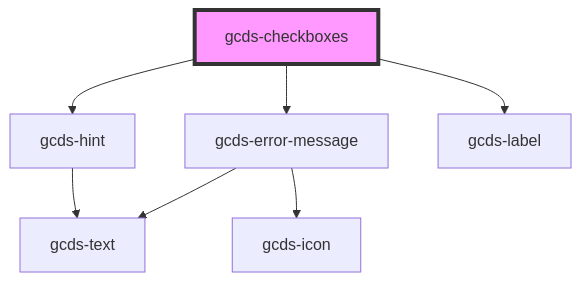
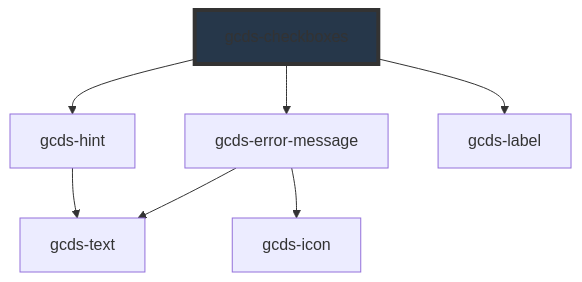
The diagram in packages/web/src/components/gcds-checkboxes/readme.md (cds-snc/gcds-components), drawn with Mermaid before and after one commit. The commit also changed other lines of this file and 21 other files, not shown here.

````diff
--- a/packages/web/src/components/gcds-checkboxes/readme.md
+++ b/packages/web/src/components/gcds-checkboxes/readme.md
@@ -59,10 +59,10 @@
 ```mermaid
 graph TD;
   gcds-checkboxes --> gcds-hint
   gcds-checkboxes --> gcds-error-message
   gcds-checkboxes --> gcds-label
   gcds-hint --> gcds-text
   gcds-error-message --> gcds-text
   gcds-error-message --> gcds-icon
-  style gcds-checkboxes fill:#f9f,stroke:#333,stroke-width:4px
+  style gcds-checkboxes fill:#26374a,stroke:#333,stroke-width:4px
 ```
````
